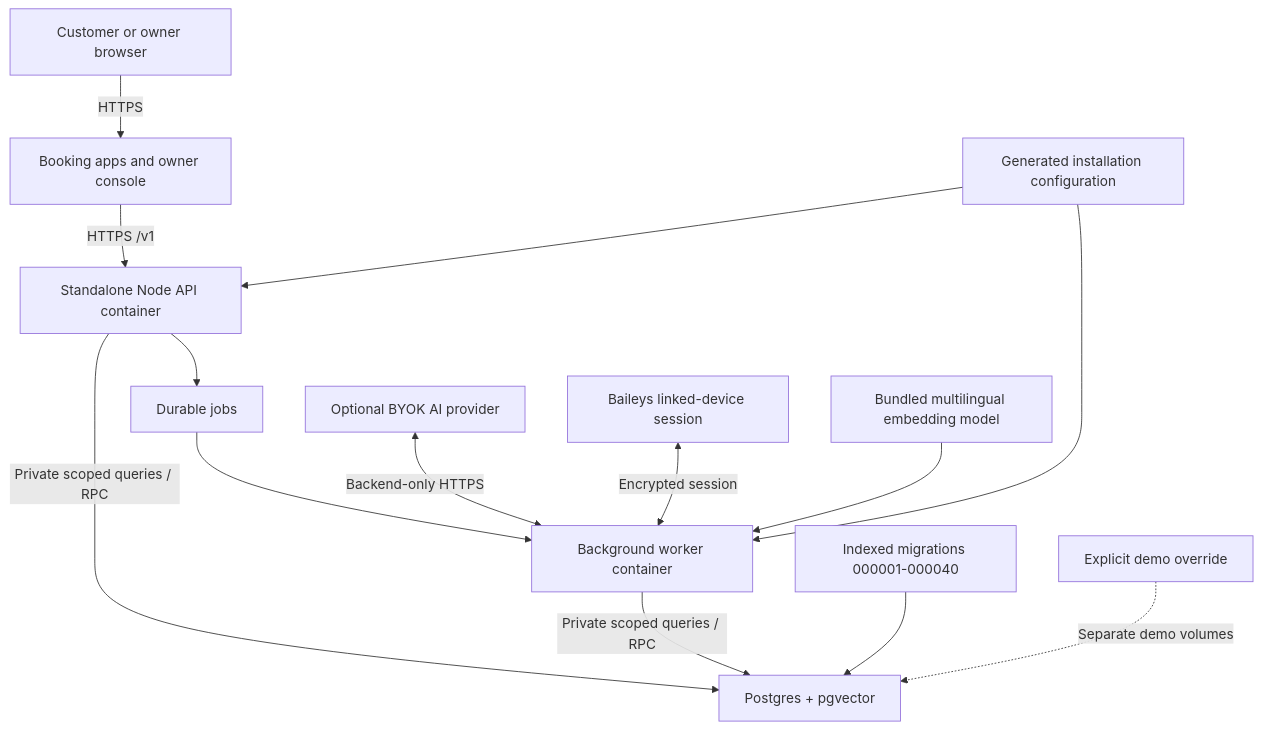
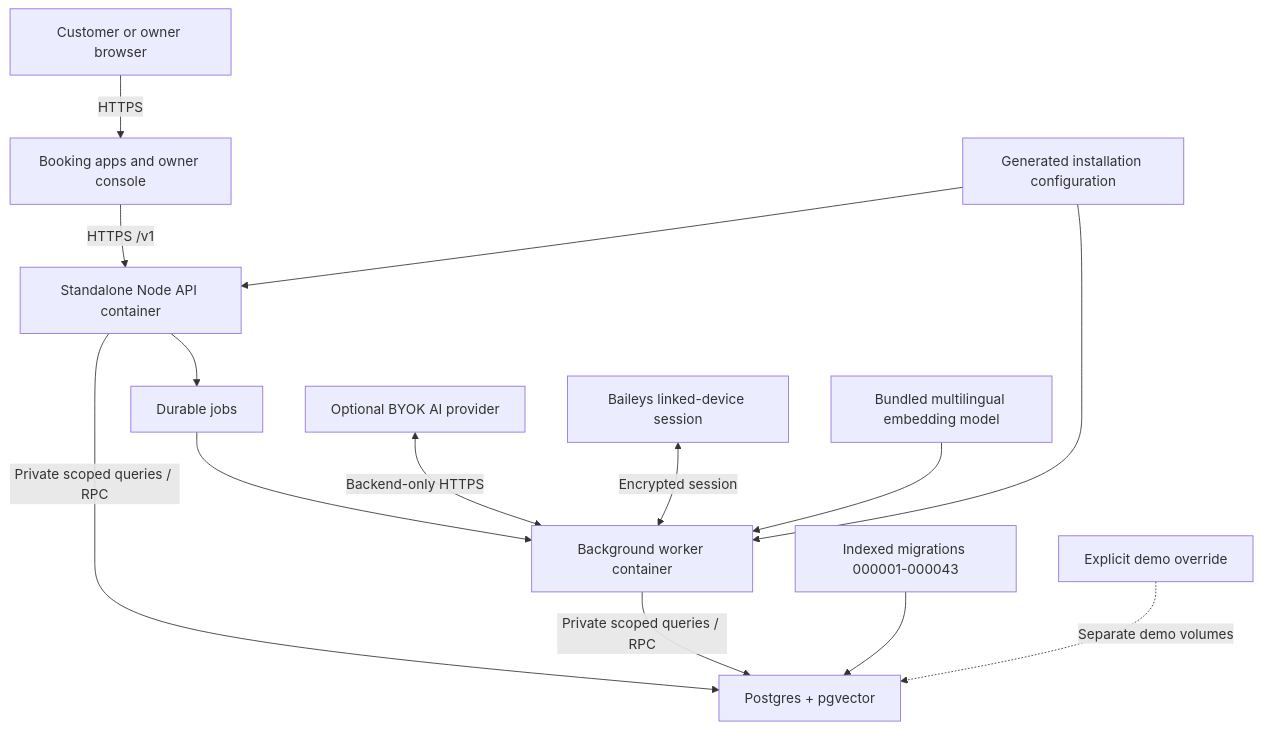
One commit to jericho0521/reservation-app changed the fourth of 4 diagrams in docs/architecture/final-platform-architecture.md. Above: the diagram before and after it, drawn with Mermaid. The commit also changed other lines of this file and 25 other files, not shown here.

````diff
--- a/docs/architecture/final-platform-architecture.md
+++ b/docs/architecture/final-platform-architecture.md
@@ -116,16 +116,16 @@
 ```mermaid
 flowchart TB
   Browser["Customer or owner browser"] -->|"HTTPS"| Web["Booking apps and owner console"]
   Web -->|"HTTPS /v1"| API["Standalone Node API container"]
   API --> Queue["Durable jobs"]
   Queue --> Worker["Background worker container"]
   Provider["Optional BYOK AI provider"] <-->|"Backend-only HTTPS"| Worker
   WA["Baileys linked-device session"] <-->|"Encrypted session"| Worker
   API -->|"Private scoped queries / RPC"| Postgres["Postgres + pgvector"]
   Worker -->|"Private scoped queries / RPC"| Postgres
   Model["Bundled multilingual embedding model"] --> Worker
   Secrets["Generated installation configuration"] --> API
   Secrets --> Worker
-  Migrations["Indexed migrations 000001-000040"] --> Postgres
+  Migrations["Indexed migrations 000001-000043"] --> Postgres
   Seed["Explicit demo override"] -.->|"Separate demo volumes"| Postgres
 ```
````
